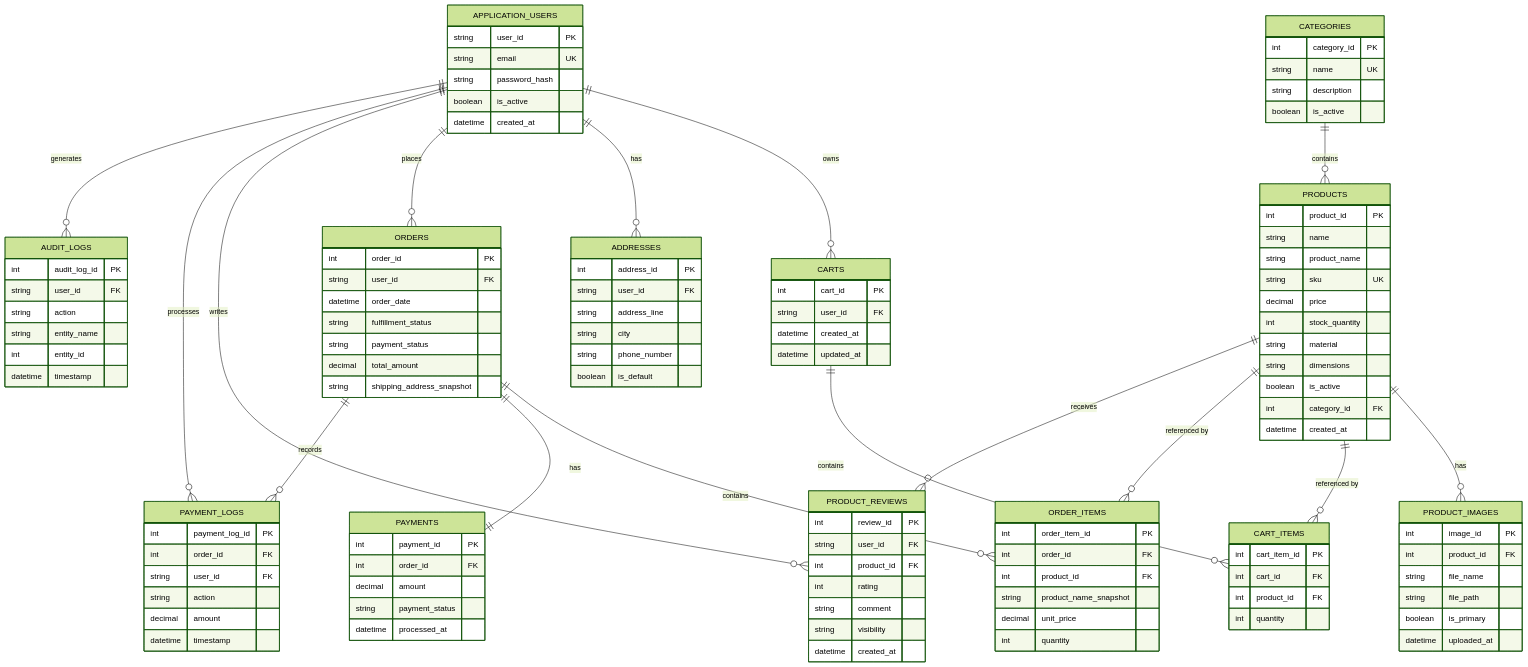
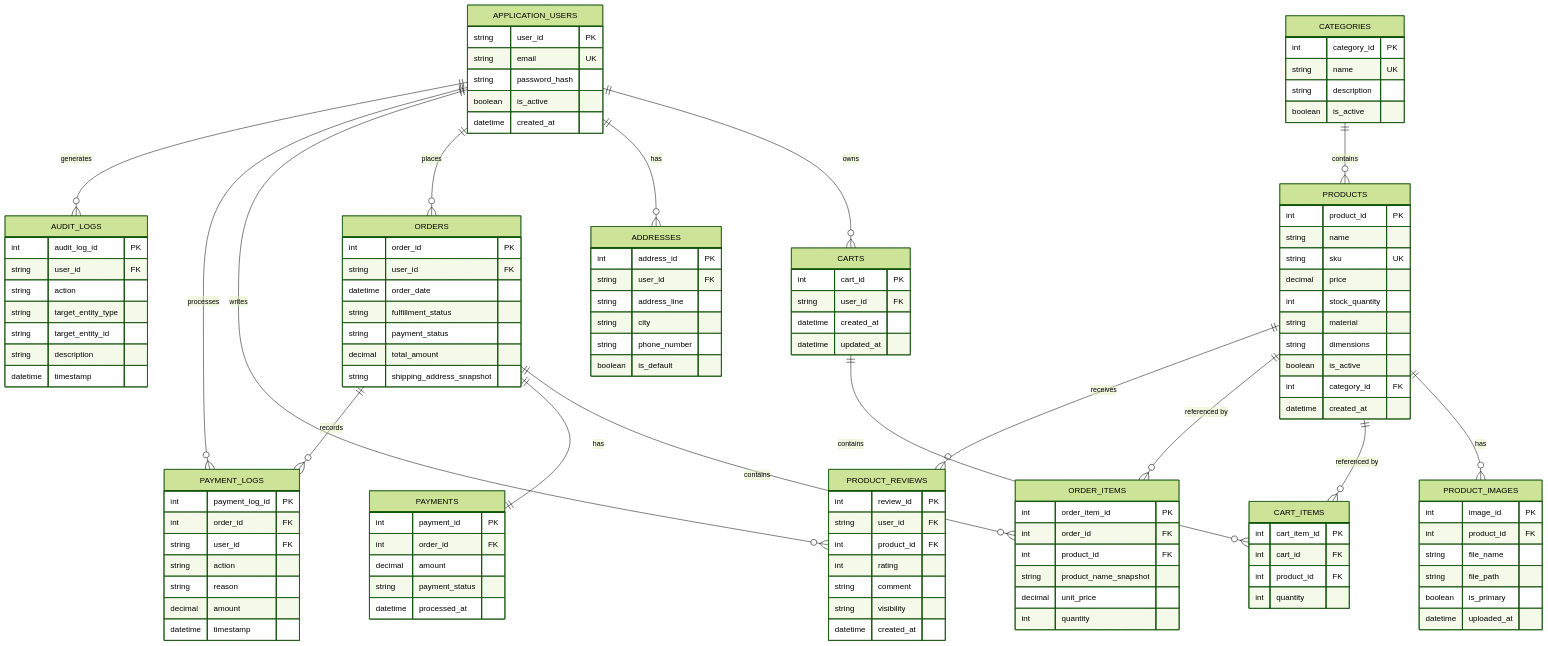
Before and after one commit to hananabedalkareemabololy/RuqiStore-Documentation-Meeating: the diagram in Documantation/08-database-design.md, drawn with Mermaid (forest theme). The commit also changed other lines of this file, not shown here.

````diff
--- a/Documantation/08-database-design.md
+++ b/Documantation/08-database-design.md
@@ -41,19 +41,18 @@
         boolean is_active
     }
 
-    PRODUCTS {
-        int product_id PK
-        string name
-        string product_name
-        string sku UK
-        decimal price
-        int stock_quantity
-        string material
-        string dimensions
-        boolean is_active
-        int category_id FK
-        datetime created_at
-    }
+PRODUCTS {
+    int product_id PK
+    string name
+    string sku UK
+    decimal price
+    int stock_quantity
+    string material
+    string dimensions
+    boolean is_active
+    int category_id FK
+    datetime created_at
+}
 
     PRODUCT_IMAGES {
         int image_id PK
@@ -114,14 +113,15 @@
         datetime processed_at
     }
 
-    PAYMENT_LOGS {
-        int payment_log_id PK
-        int order_id FK
-        string user_id FK
-        string action
-        decimal amount
-        datetime timestamp
-    }
+PAYMENT_LOGS {
+    int payment_log_id PK
+    int order_id FK
+    string user_id FK
+    string action
+    string reason
+    decimal amount
+    datetime timestamp
+}
 
     PRODUCT_REVIEWS {
         int review_id PK
@@ -133,12 +133,13 @@
         datetime created_at
     }
 
-    AUDIT_LOGS {
-        int audit_log_id PK
-        string user_id FK
-        string action
-        string entity_name
-        int entity_id
-        datetime timestamp
-    }
+AUDIT_LOGS {
+    int audit_log_id PK
+    string user_id FK
+    string action
+    string target_entity_type
+    string target_entity_id
+    string description
+    datetime timestamp
+}
 ```
````
